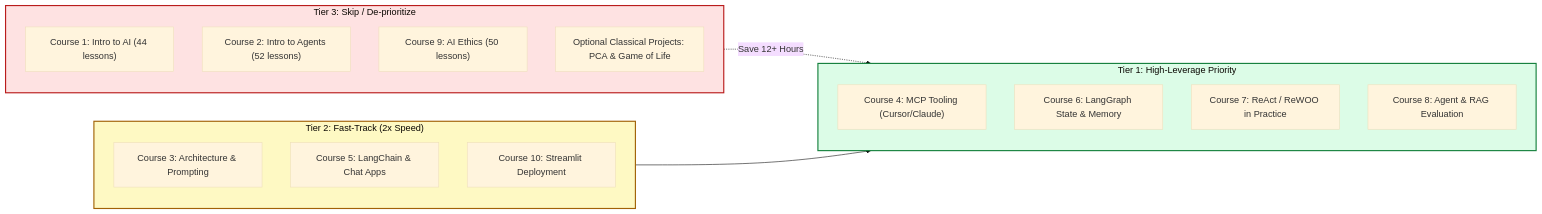
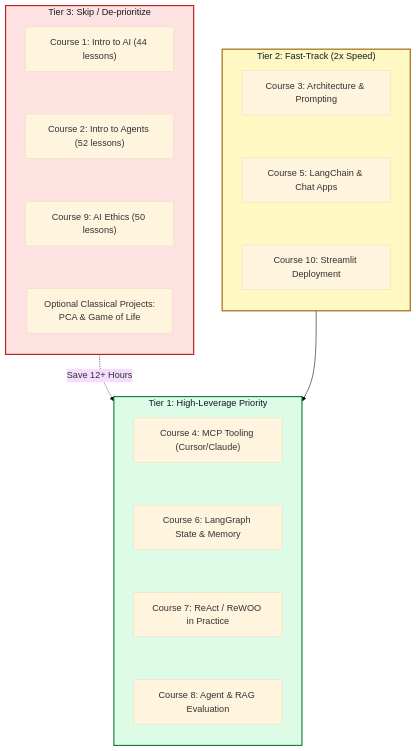
One commit to akillness/akillness.github.io changed the second of 2 diagrams in _posts/2026-11-08-365-data-science-ai-agent-curriculum-audit.md. Above: the diagram before and after it, drawn with Mermaid (base theme). The commit also changed other lines of this file and 1 other file, not shown here.

Commit message:
fix(blog): render curriculum Mermaid diagrams in both themes

````diff
--- a/_posts/2026-11-08-365-data-science-ai-agent-curriculum-audit.md
+++ b/_posts/2026-11-08-365-data-science-ai-agent-curriculum-audit.md
@@ -236,29 +240,36 @@
 ```mermaid
-flowchart LR
+%%{init: {"flowchart": {"useMaxWidth": false}}}%%
+flowchart TB
     subgraph Skip ["Tier 3: Skip / De-prioritize"]
+        direction TB
         S1["Course 1: Intro to AI (44 lessons)"]
         S2["Course 2: Intro to Agents (52 lessons)"]
         S9["Course 9: AI Ethics (50 lessons)"]
-        SP["Optional Classical Projects: PCA & Game of Life"]
+        SP["Optional Classical Projects:<br/>PCA & Game of Life"]
+        S1 ~~~ S2 ~~~ S9 ~~~ SP
     end
 
     subgraph FastTrack ["Tier 2: Fast-Track (2x Speed)"]
+        direction TB
         F3["Course 3: Architecture & Prompting"]
         F5["Course 5: LangChain & Chat Apps"]
         F10["Course 10: Streamlit Deployment"]
+        F3 ~~~ F5 ~~~ F10
     end
 
     subgraph MustComplete ["Tier 1: High-Leverage Priority"]
+        direction TB
         M4["Course 4: MCP Tooling (Cursor/Claude)"]
         M6["Course 6: LangGraph State & Memory"]
         M7["Course 7: ReAct / ReWOO in Practice"]
         M8["Course 8: Agent & RAG Evaluation"]
+        M4 ~~~ M6 ~~~ M7 ~~~ M8
     end
 
     Skip -.->|Save 12+ Hours| MustComplete
     FastTrack --> MustComplete
 
-    style MustComplete fill:#dcfce7,stroke:#15803d,stroke-width:2px
-    style FastTrack fill:#fef9c3,stroke:#a16207,stroke-width:2px
-    style Skip fill:#fee2e2,stroke:#b91c1c,stroke-width:2px
+    style MustComplete fill:#dcfce7,stroke:#15803d,stroke-width:2px,color:#111827
+    style FastTrack fill:#fef9c3,stroke:#a16207,stroke-width:2px,color:#111827
+    style Skip fill:#fee2e2,stroke:#b91c1c,stroke-width:2px,color:#111827
 ```
````
